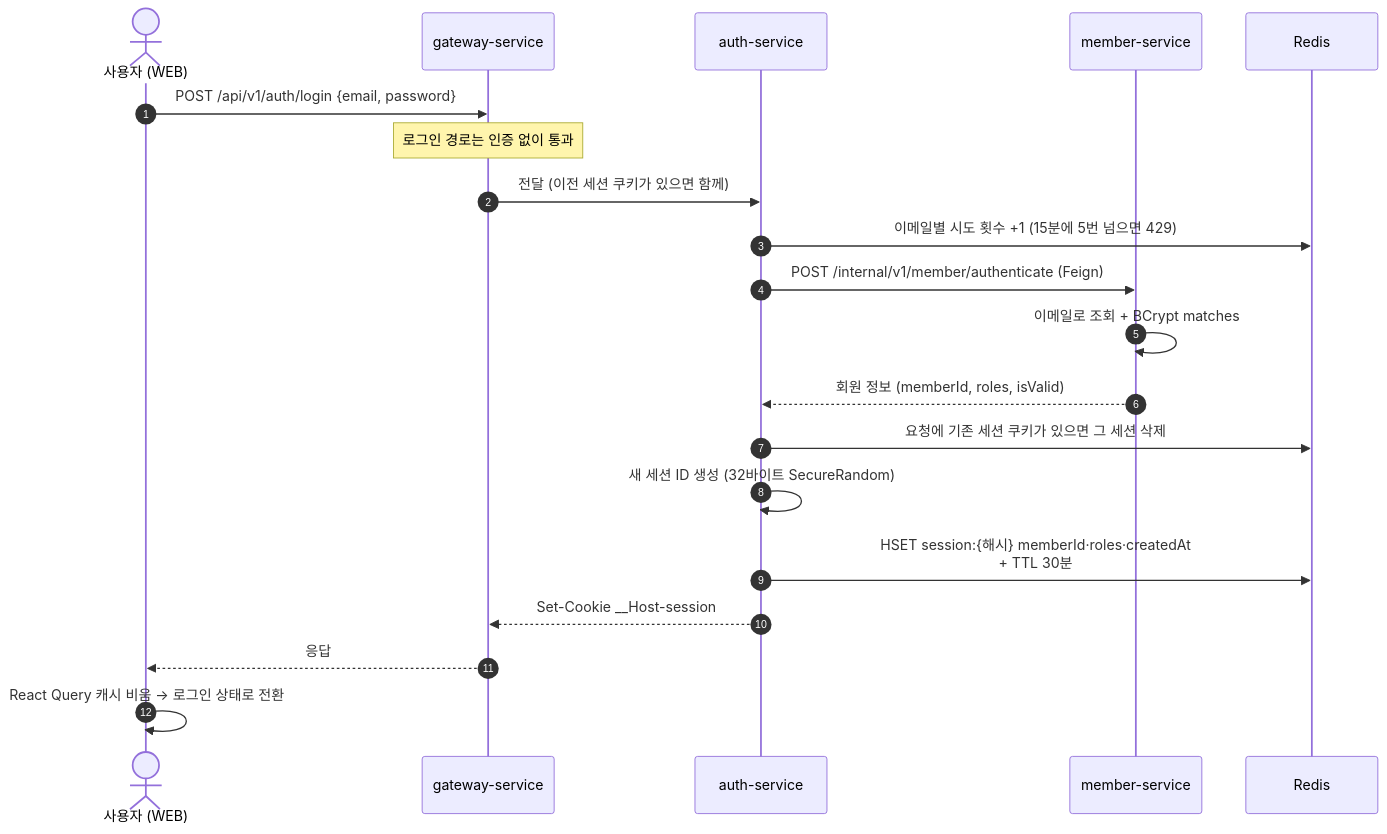
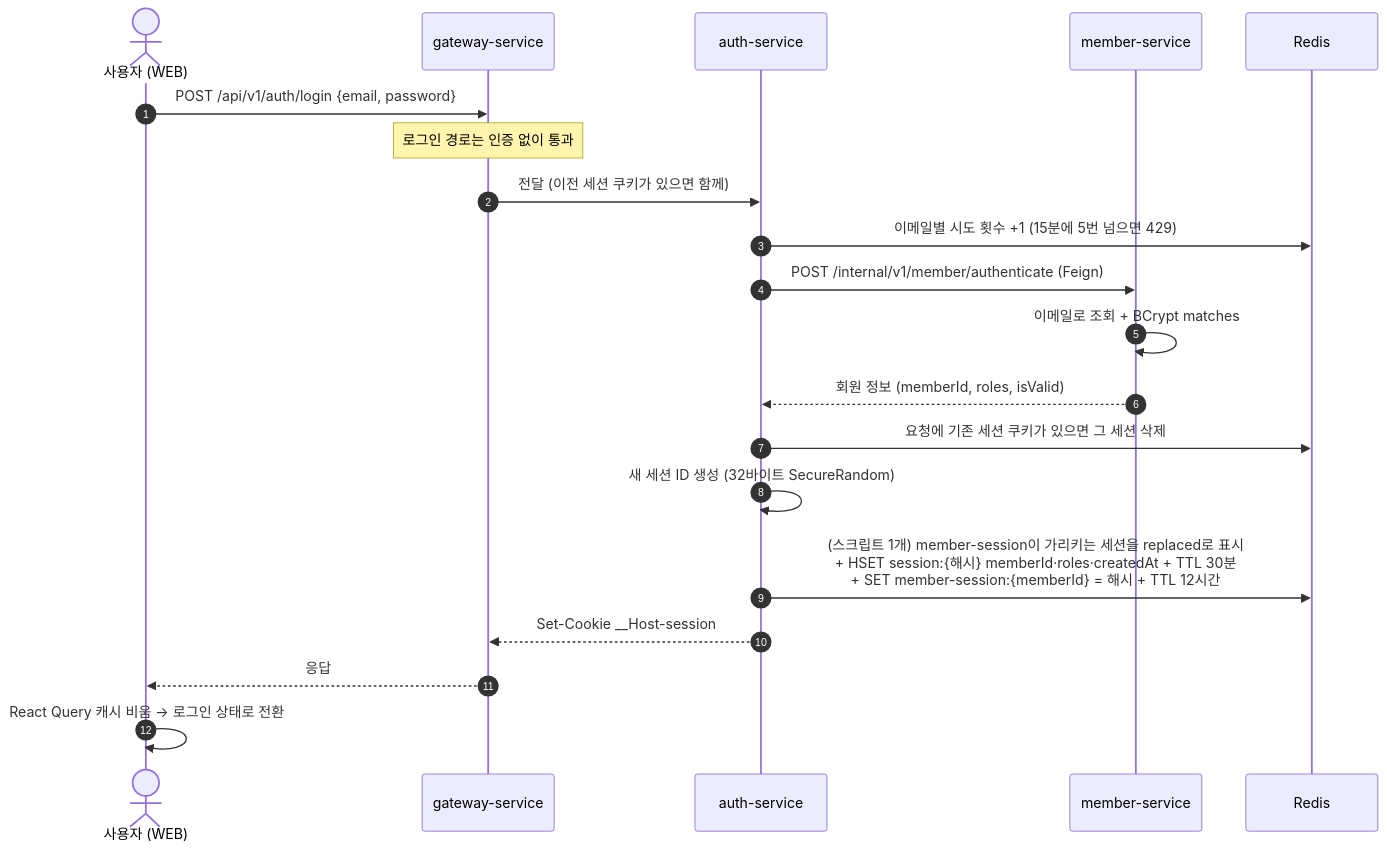
Before and after one commit to rivertw777/ModuDrive-API: the first of 3 diagrams in .docs/spec/004-auth-spec.md, drawn with Mermaid. The commit also changed other lines of this file and 16 other files, not shown here.

First line of the commit message:
feat(auth): end a member's other session on login

````diff
--- a/.docs/spec/004-auth-spec.md
+++ b/.docs/spec/004-auth-spec.md
@@ -87,23 +103,23 @@
 ```mermaid
 sequenceDiagram
     autonumber
     actor U as 사용자 (WEB)
     participant G as gateway-service
     participant A as auth-service
     participant M as member-service
     participant R as Redis
 
     U->>G: POST /api/v1/auth/login {email, password}
     Note over G: 로그인 경로는 인증 없이 통과
     G->>A: 전달 (이전 세션 쿠키가 있으면 함께)
     A->>R: 이메일별 시도 횟수 +1 (15분에 5번 넘으면 429)
     A->>M: POST /internal/v1/member/authenticate (Feign)
     M->>M: 이메일로 조회 + BCrypt matches
     M-->>A: 회원 정보 (memberId, roles, isValid)
     A->>R: 요청에 기존 세션 쿠키가 있으면 그 세션 삭제
     A->>A: 새 세션 ID 생성 (32바이트 SecureRandom)
-    A->>R: HSET session:{해시} memberId·roles·createdAt<br/>+ TTL 30분
+    A->>R: (스크립트 1개) member-session이 가리키는 세션을 replaced로 표시<br/>+ HSET session:{해시} memberId·roles·createdAt + TTL 30분<br/>+ SET member-session:{memberId} = 해시 + TTL 12시간
     A-->>G: Set-Cookie __Host-session
     G-->>U: 응답
     U->>U: React Query 캐시 비움 → 로그인 상태로 전환
 ```
````
